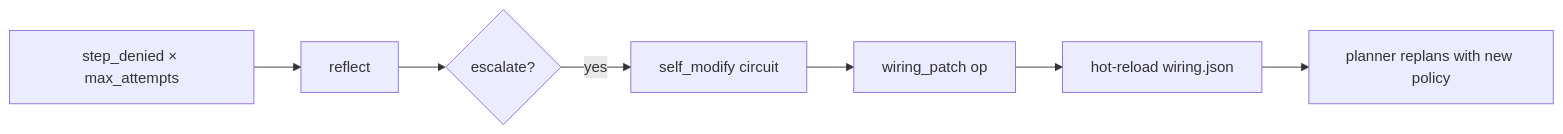
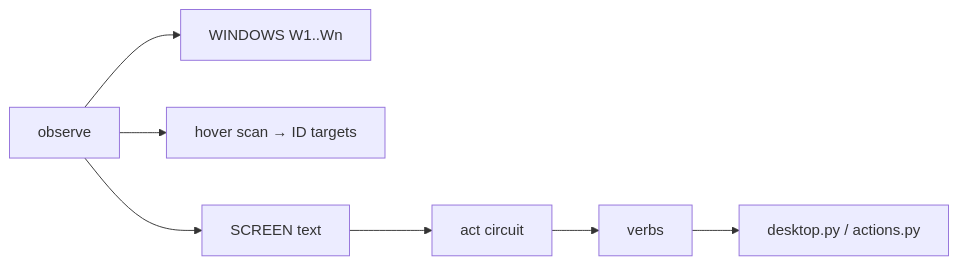
One commit to wgabrys88/endgame-ai changed the fifth of 6 diagrams in README.md. Above: the diagram before and after it, drawn with Mermaid. The commit also changed other lines of this file, not shown here.

````diff
--- a/README.md
+++ b/README.md
@@ -431,9 +232,9 @@
 ```mermaid
 flowchart LR
-    FAIL[step_denied × max_attempts] --> REF[reflect]
-    REF --> ESC{escalate?}
-    ESC -->|yes| SM[self_modify circuit]
-    SM --> PATCH[wiring_patch op]
-    PATCH --> RELOAD[hot-reload wiring.json]
-    RELOAD --> PLAN[planner replans with new policy]
+    O[observe] --> W[WINDOWS W1..Wn]
+    O --> I[hover scan → ID targets]
+    O --> S[SCREEN text]
+    S --> A[act circuit]
+    A --> V[verbs]
+    V --> D[desktop.py / actions.py]
 ```
````
